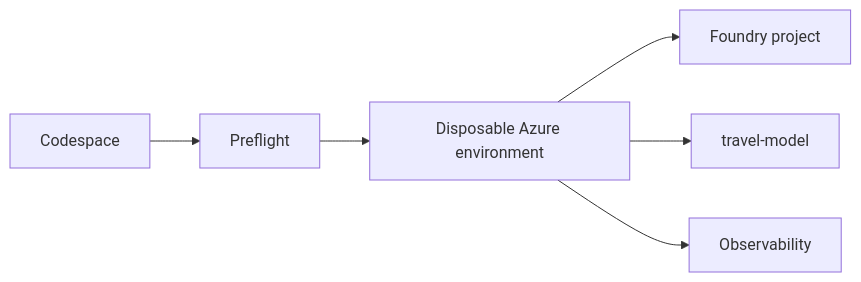
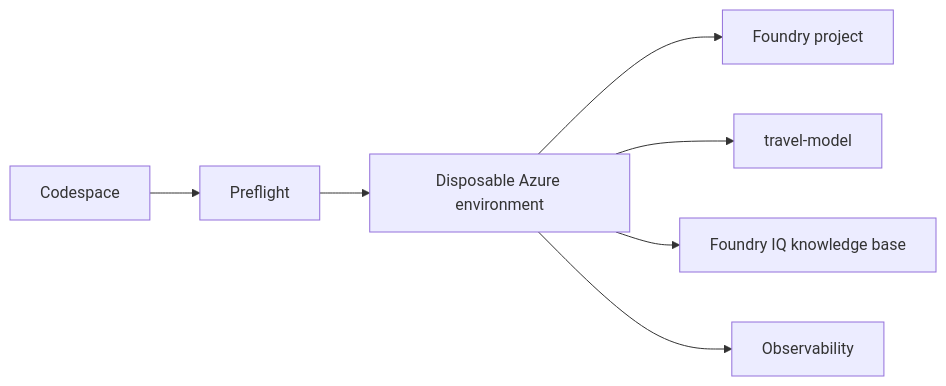
The diagram in docs/00-orientation.md (tmathew1000/foundry-multi-agent-developer-lab), drawn with Mermaid before and after one commit. The commit also changed other lines of this file and 37 other files, not shown here.

First line of the commit message:
feat: add Foundry IQ knowledge integration

````diff
--- a/docs/00-orientation.md
+++ b/docs/00-orientation.md
@@ -24,8 +24,9 @@
 ```mermaid
 flowchart LR
     C[Codespace] --> P[Preflight]
     P --> AZ[Disposable Azure environment]
     AZ --> F[Foundry project]
     AZ --> M[travel-model]
+    AZ --> IQ[Foundry IQ knowledge base]
     AZ --> O[Observability]
 ```
````
